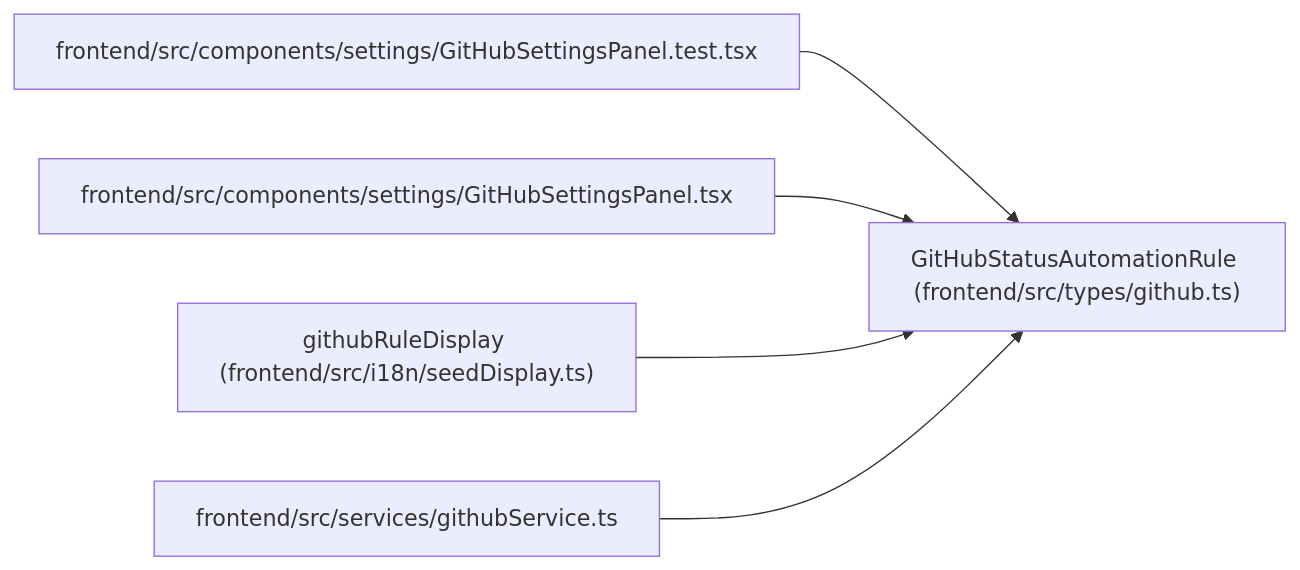
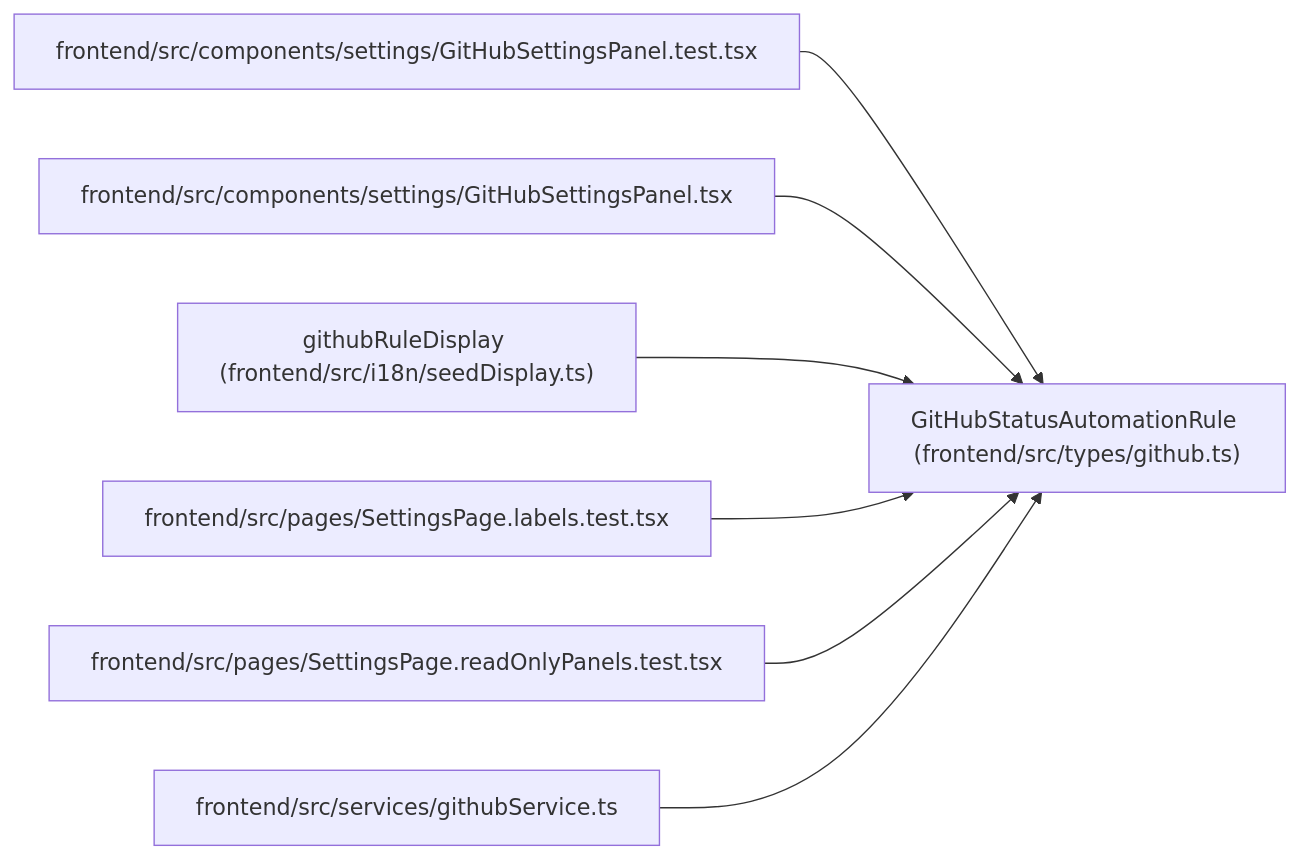
Before and after one commit to Denissvgn/WorkChord: the diagram in docs/llm_wiki/entities/types_github_GitHubStatusAutomationRule.md, drawn with Mermaid. The commit also changed other lines of this file and 2373 other files, not shown here.

````diff
--- a/docs/llm_wiki/entities/types_github_GitHubStatusAutomationRule.md
+++ b/docs/llm_wiki/entities/types_github_GitHubStatusAutomationRule.md
@@ -35,17 +35,23 @@
 ```mermaid
 flowchart LR
     n0["GitHubStatusAutomationRule (frontend/src/types/github.ts)"]
     n1["frontend/src/components/settings/GitHubSettingsPanel.test.tsx"]
     n2["frontend/src/components/settings/GitHubSettingsPanel.tsx"]
     n3["githubRuleDisplay (frontend/src/i18n/seedDisplay.ts)"]
-    n4["frontend/src/services/githubService.ts"]
+    n4["frontend/src/pages/SettingsPage.labels.test.tsx"]
+    n5["frontend/src/pages/SettingsPage.readOnlyPanels.test.tsx"]
+    n6["frontend/src/services/githubService.ts"]
     n1 --> n0
     n2 --> n0
     n3 --> n0
     n4 --> n0
+    n5 --> n0
+    n6 --> n0
     click n0 "../modules/types_github.md"
     click n1 "../modules/GitHubSettingsPanel.test.md"
     click n2 "../modules/GitHubSettingsPanel.md"
     click n3 "../modules/seedDisplay.md"
-    click n4 "../modules/githubService.md"
+    click n4 "../modules/SettingsPage.labels.test.md"
+    click n5 "../modules/SettingsPage.readOnlyPanels.test.md"
+    click n6 "../modules/githubService.md"
 ```
````
